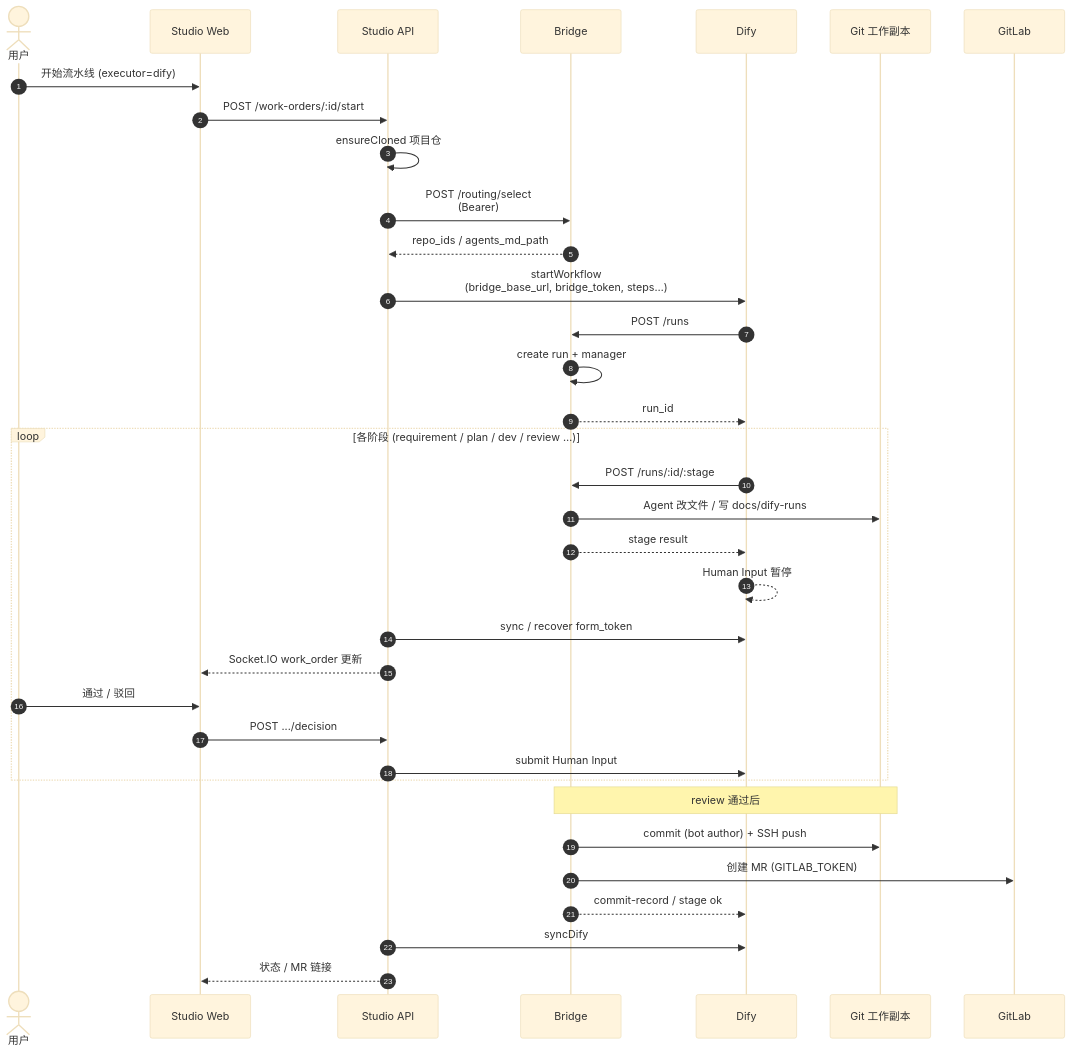
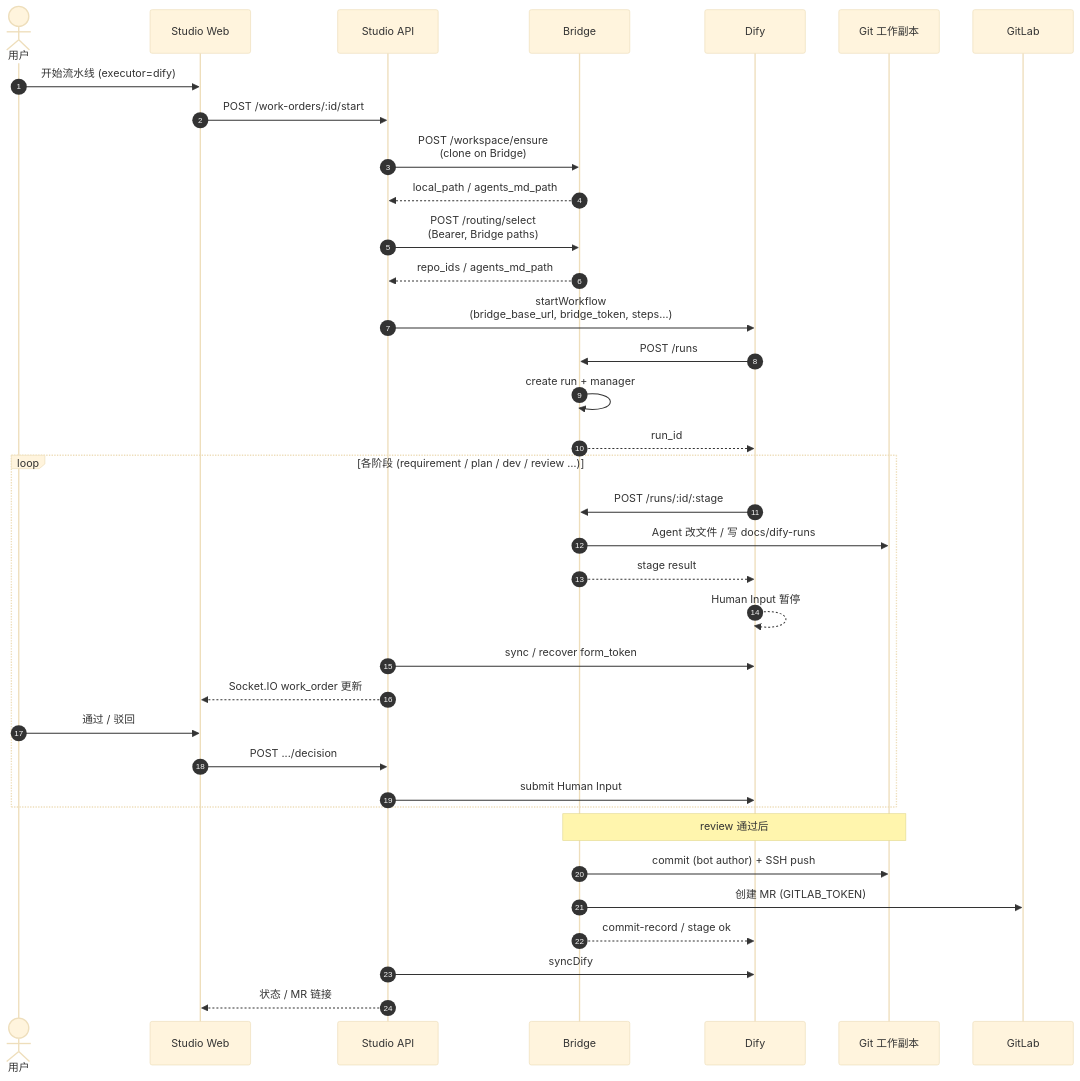
One commit to xxxxxuhb/agent-studio changed the third of 6 diagrams in docs/架构与时序图.md. Above: the diagram before and after it, drawn with Mermaid (base theme). The commit also changed other lines of this file and 39 other files, not shown here.

````diff
--- a/docs/架构与时序图.md
+++ b/docs/架构与时序图.md
@@ -94,40 +93,41 @@
 ```mermaid
 sequenceDiagram
   autonumber
   actor U as 用户
   participant Web as Studio Web
   participant API as Studio API
   participant Bridge as Bridge
   participant Dify as Dify
   participant Git as Git 工作副本
   participant GL as GitLab
 
   U->>Web: 开始流水线 (executor=dify)
   Web->>API: POST /work-orders/:id/start
-  API->>API: ensureCloned 项目仓
-  API->>Bridge: POST /routing/select<br/>(Bearer)
+  API->>Bridge: POST /workspace/ensure<br/>(clone on Bridge)
+  Bridge-->>API: local_path / agents_md_path
+  API->>Bridge: POST /routing/select<br/>(Bearer, Bridge paths)
   Bridge-->>API: repo_ids / agents_md_path
   API->>Dify: startWorkflow<br/>(bridge_base_url, bridge_token, steps…)
   Dify->>Bridge: POST /runs
   Bridge->>Bridge: create run + manager
   Bridge-->>Dify: run_id
 
   loop 各阶段 (requirement / plan / dev / review …)
     Dify->>Bridge: POST /runs/:id/:stage
     Bridge->>Git: Agent 改文件 / 写 docs/dify-runs
     Bridge-->>Dify: stage result
     Dify-->>Dify: Human Input 暂停
     API->>Dify: sync / recover form_token
     API-->>Web: Socket.IO work_order 更新
     U->>Web: 通过 / 驳回
     Web->>API: POST .../decision
     API->>Dify: submit Human Input
   end
 
   Note over Bridge,Git: review 通过后
   Bridge->>Git: commit (bot author) + SSH push
   Bridge->>GL: 创建 MR (GITLAB_TOKEN)
   Bridge-->>Dify: commit-record / stage ok
   API->>Dify: syncDify
   API-->>Web: 状态 / MR 链接
 ```
````
